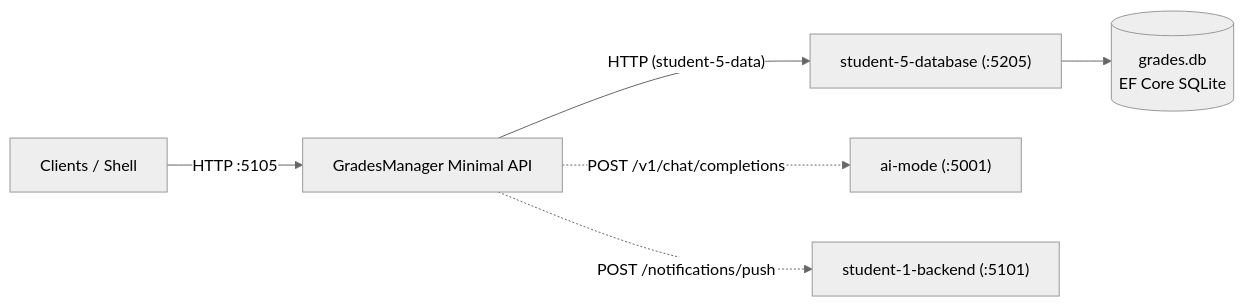
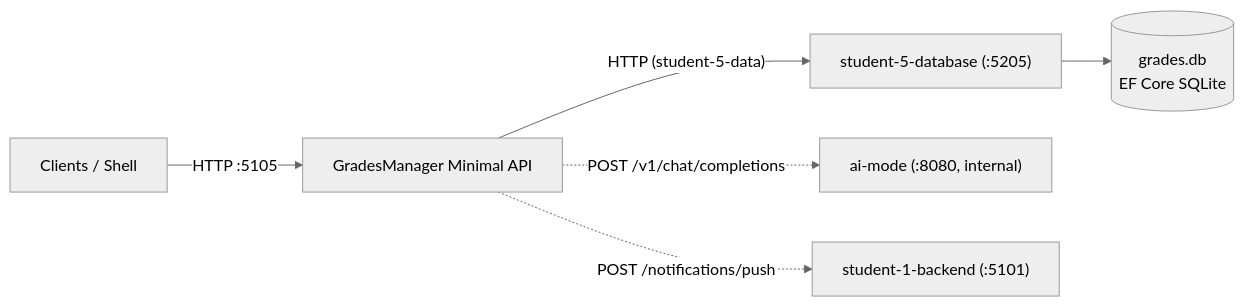
The diagram in student-5/backend/README.md (AmAComputerNerd/41026--software-development-project), drawn with Mermaid (neutral theme) before and after one commit. The commit also changed 31 other files, not shown here.

````diff
--- a/student-5/backend/README.md
+++ b/student-5/backend/README.md
@@ -8,8 +8,8 @@
 ```mermaid
 flowchart LR
     Client["Clients / Shell"] -- "HTTP :5105" --> API["GradesManager Minimal API"]
     API -- "HTTP (student-5-data)" --> DBService["student-5-database (:5205)"]
     DBService --> SQLite[("grades.db<br>EF Core SQLite")]
-    API -. "POST /v1/chat/completions" .-> AIM["ai-mode (:5001)"]
+    API -. "POST /v1/chat/completions" .-> AIM["ai-mode (:8080, internal)"]
     API -. "POST /notifications/push" .-> S1["student-1-backend (:5101)"]
 ```
````
